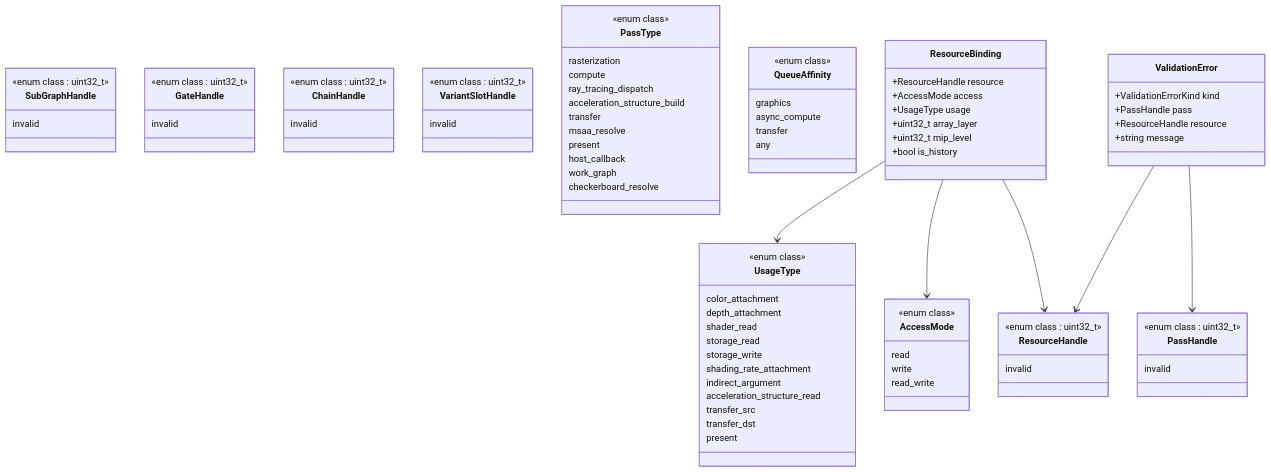
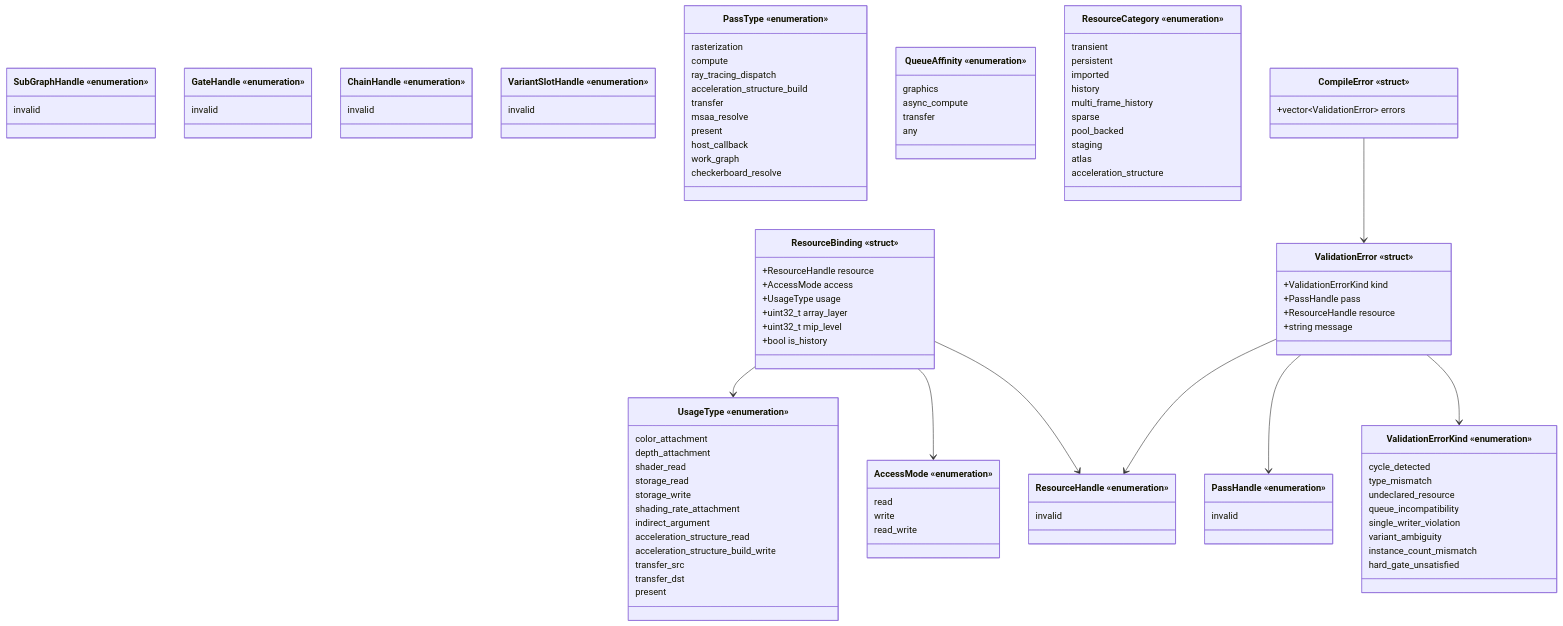
Before and after one commit to harmonius-dev/harmonius: the first of 15 diagrams in docs/design/render-graph-classes.md, drawn with Mermaid. The commit also changed other lines of this file and 26 other files, not shown here.

Commit message:
Add class diagrams and update CMake config

````diff
--- a/docs/design/render-graph-classes.md
+++ b/docs/design/render-graph-classes.md
@@ -36,31 +36,24 @@
 ```mermaid
 classDiagram
-    class PassHandle {
-        <<enum class : uint32_t>>
+    class PassHandle["PassHandle «enumeration»"] {
         invalid
     }
-    class ResourceHandle {
-        <<enum class : uint32_t>>
+    class ResourceHandle["ResourceHandle «enumeration»"] {
         invalid
     }
-    class SubGraphHandle {
-        <<enum class : uint32_t>>
+    class SubGraphHandle["SubGraphHandle «enumeration»"] {
         invalid
     }
-    class GateHandle {
-        <<enum class : uint32_t>>
+    class GateHandle["GateHandle «enumeration»"] {
         invalid
     }
-    class ChainHandle {
-        <<enum class : uint32_t>>
+    class ChainHandle["ChainHandle «enumeration»"] {
         invalid
     }
-    class VariantSlotHandle {
-        <<enum class : uint32_t>>
+    class VariantSlotHandle["VariantSlotHandle «enumeration»"] {
         invalid
     }
-    class PassType {
-        <<enum class>>
+    class PassType["PassType «enumeration»"] {
         rasterization
         compute
         ray_tracing_dispatch
@@ -72,14 +65,12 @@
         work_graph
         checkerboard_resolve
     }
-    class AccessMode {
-        <<enum class>>
+    class AccessMode["AccessMode «enumeration»"] {
         read
         write
         read_write
     }
-    class UsageType {
-        <<enum class>>
+    class UsageType["UsageType «enumeration»"] {
         color_attachment
         depth_attachment
         shader_read
@@ -88,18 +79,30 @@
         shading_rate_attachment
         indirect_argument
         acceleration_structure_read
+        acceleration_structure_build_write
         transfer_src
         transfer_dst
         present
     }
-    class QueueAffinity {
-        <<enum class>>
+    class QueueAffinity["QueueAffinity «enumeration»"] {
         graphics
         async_compute
         transfer
         any
     }
-    class ResourceBinding {
+    class ResourceCategory["ResourceCategory «enumeration»"] {
+        transient
+        persistent
+        imported
+        history
+        multi_frame_history
+        sparse
+        pool_backed
+        staging
+        atlas
+        acceleration_structure
+    }
+    class ResourceBinding["ResourceBinding «struct»"] {
         +ResourceHandle resource
         +AccessMode access
         +UsageType usage
@@ -107,16 +110,31 @@
         +uint32_t mip_level
         +bool is_history
     }
-    class ValidationError {
+    class ValidationErrorKind["ValidationErrorKind «enumeration»"] {
+        cycle_detected
+        type_mismatch
+        undeclared_resource
+        queue_incompatibility
+        single_writer_violation
+        variant_ambiguity
+        instance_count_mismatch
+        hard_gate_unsatisfied
+    }
+    class ValidationError["ValidationError «struct»"] {
         +ValidationErrorKind kind
         +PassHandle pass
         +ResourceHandle resource
         +string message
     }
+    class CompileError["CompileError «struct»"] {
+        +vector~ValidationError~ errors
+    }
 
     ResourceBinding --> ResourceHandle
     ResourceBinding --> AccessMode
     ResourceBinding --> UsageType
+    ValidationError --> ValidationErrorKind
     ValidationError --> PassHandle
     ValidationError --> ResourceHandle
+    CompileError --> ValidationError
 ```
````
